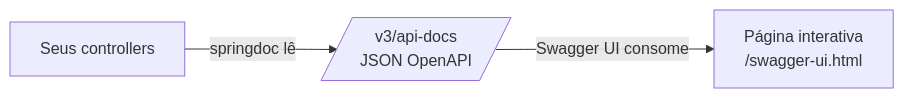
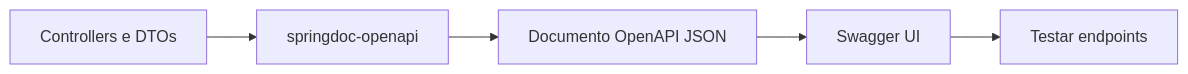
Before and after one commit to Gabriel-Reyes-Boanova/java-annotations: the first of 2 diagrams in spring/dependencias/swagger/swagger.md, drawn with Mermaid. The commit also changed other lines of this file, not shown here.

````diff
--- a/spring/dependencias/swagger/swagger.md
+++ b/spring/dependencias/swagger/swagger.md
@@ -35,5 +41,7 @@
 ```mermaid
 flowchart LR
-    A[Seus controllers] -->|springdoc lê| B[/v3/api-docs<br/>JSON OpenAPI/]
-    B -->|Swagger UI consome| C[Página interativa<br/>/swagger-ui.html]
+    A[Controllers e DTOs] --> B[springdoc-openapi]
+    B --> C[Documento OpenAPI JSON]
+    C --> D[Swagger UI]
+    D --> E[Testar endpoints]
 ```
````
